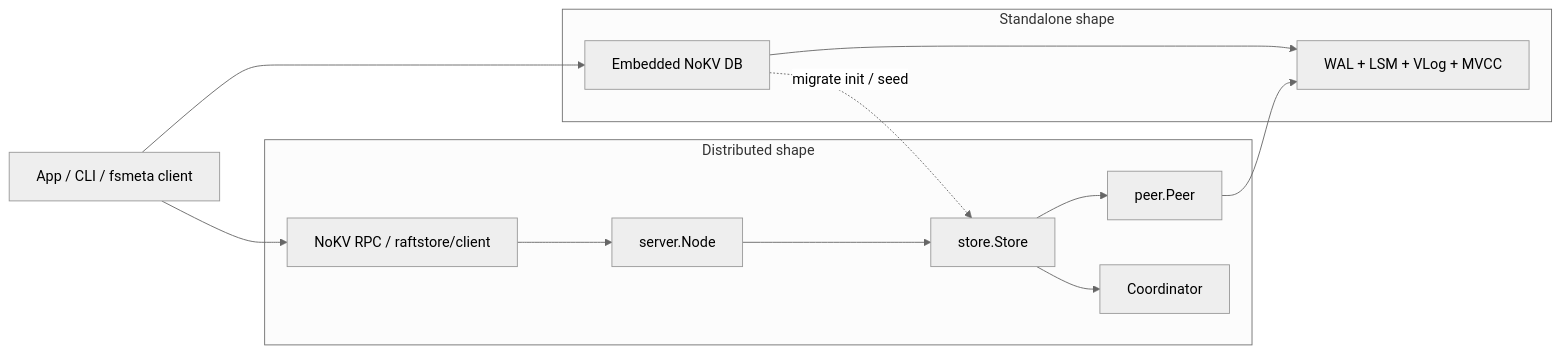
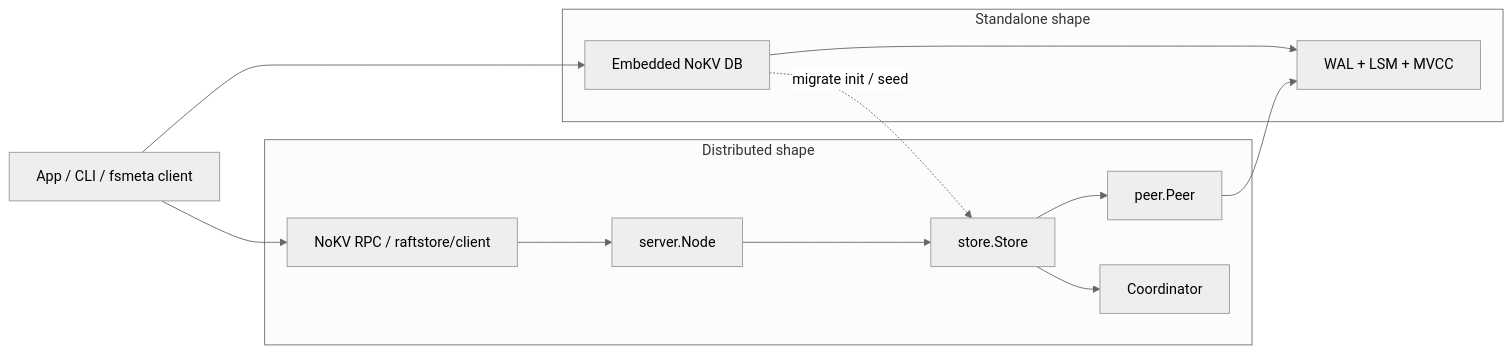
One commit to feichai0017/NoKV changed the first of 2 diagrams in docs/architecture.md. Above: the diagram before and after it, drawn with Mermaid (neutral theme). The commit also changed other lines of this file and 111 other files, not shown here.

````diff
--- a/docs/architecture.md
+++ b/docs/architecture.md
@@ -65,20 +65,20 @@
 ```mermaid
 flowchart LR
     App["App / CLI / fsmeta client"]
     App --> Embedded["Embedded NoKV DB"]
     App --> RPC["NoKV RPC / raftstore/client"]
 
     subgraph "Standalone shape"
-        Embedded --> Core["WAL + LSM + VLog + MVCC"]
+        Embedded --> Core["WAL + LSM + MVCC"]
     end
 
     subgraph "Distributed shape"
         RPC --> Server["server.Node"]
         Server --> Store["store.Store"]
         Store --> Peer["peer.Peer"]
         Peer --> Core
         Store --> Coordinator["Coordinator"]
     end
 
     Embedded -. migrate init / seed .-> Store
 ```
````
